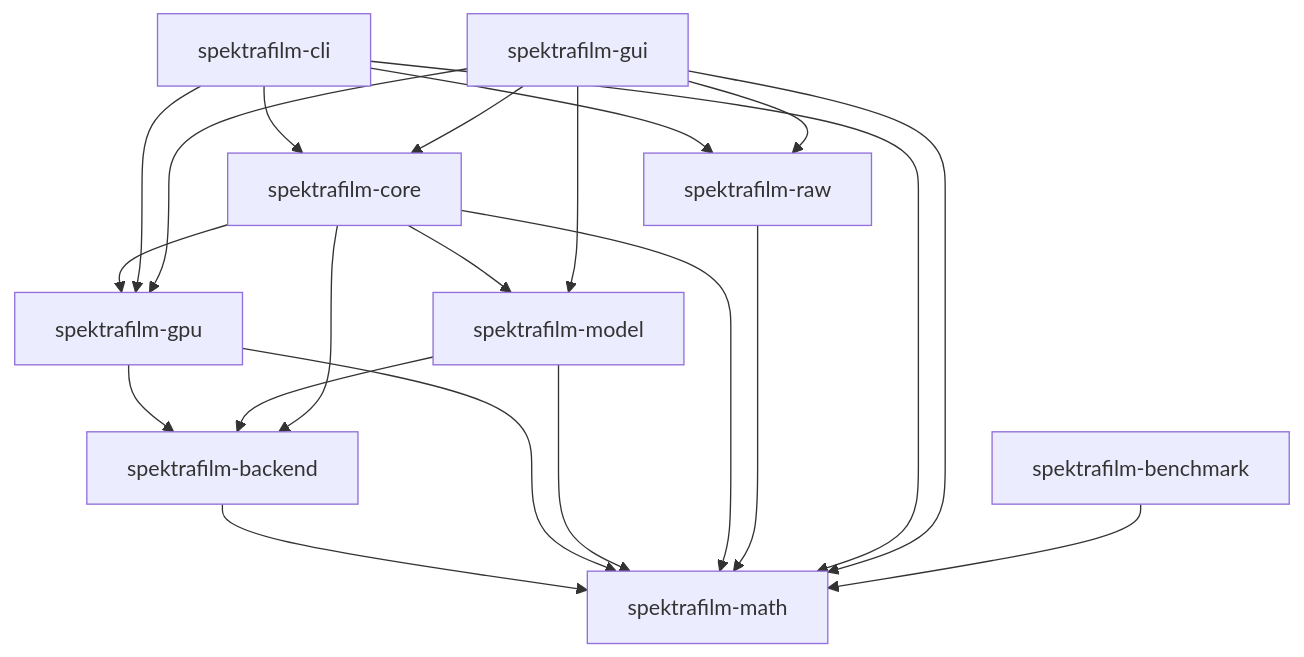
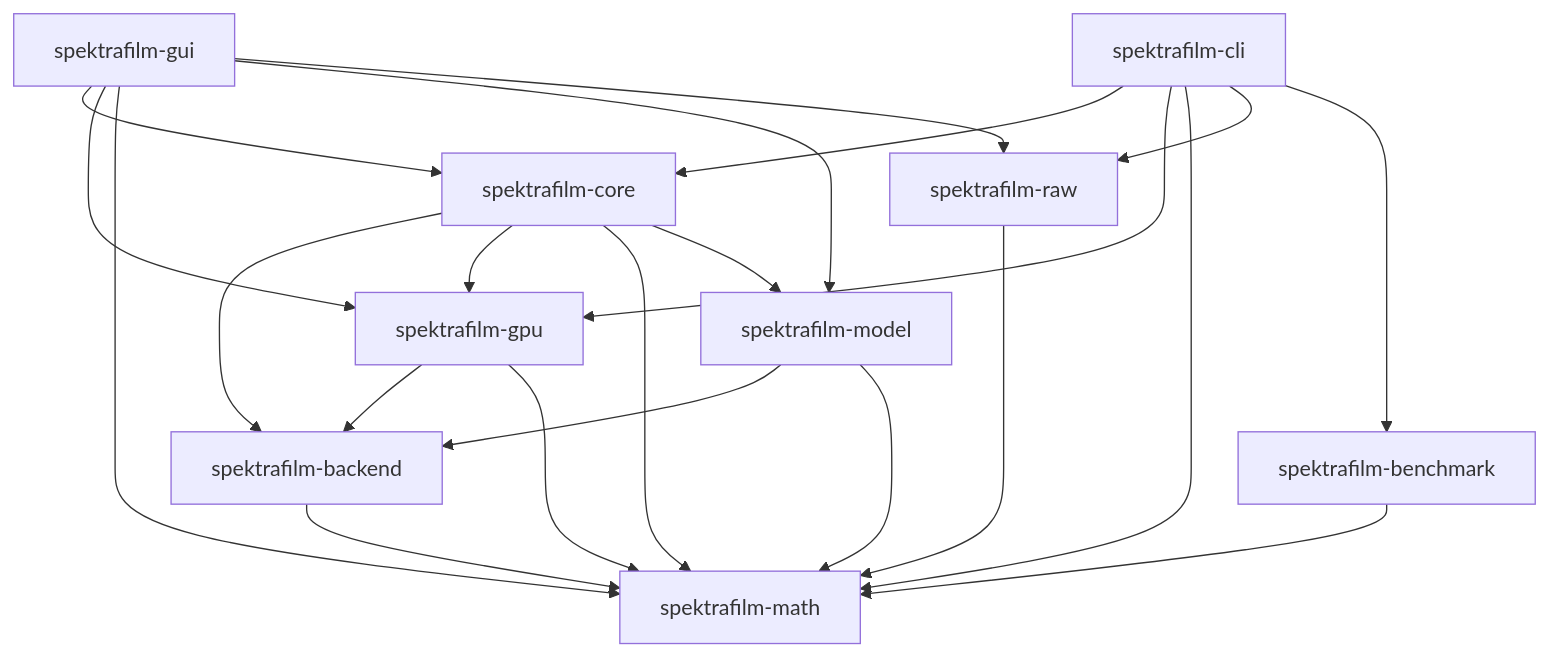
Before and after one commit to suraciii/spektrafilm-rs: the diagram in specs/compute-backend/design.md, drawn with Mermaid. The commit also changed 17 other files, not shown here.

````diff
--- a/specs/compute-backend/design.md
+++ b/specs/compute-backend/design.md
@@ -33,33 +33,34 @@
 ```mermaid
 graph TD
     math[spektrafilm-math]
     backend[spektrafilm-backend]
     gpu[spektrafilm-gpu]
     core[spektrafilm-core]
     model[spektrafilm-model]
     raw[spektrafilm-raw]
     cli[spektrafilm-cli]
     gui[spektrafilm-gui]
     bench[spektrafilm-benchmark]
 
     backend --> math
     gpu --> backend
     gpu --> math
     model --> backend
     model --> math
     core --> backend
     core --> gpu
     core --> math
     core --> model
     raw --> math
     cli --> core
     cli --> gpu
     cli --> math
     cli --> raw
     gui --> core
     gui --> gpu
     gui --> math
     gui --> model
     gui --> raw
     bench --> math
+    cli --> bench
 ```
````
